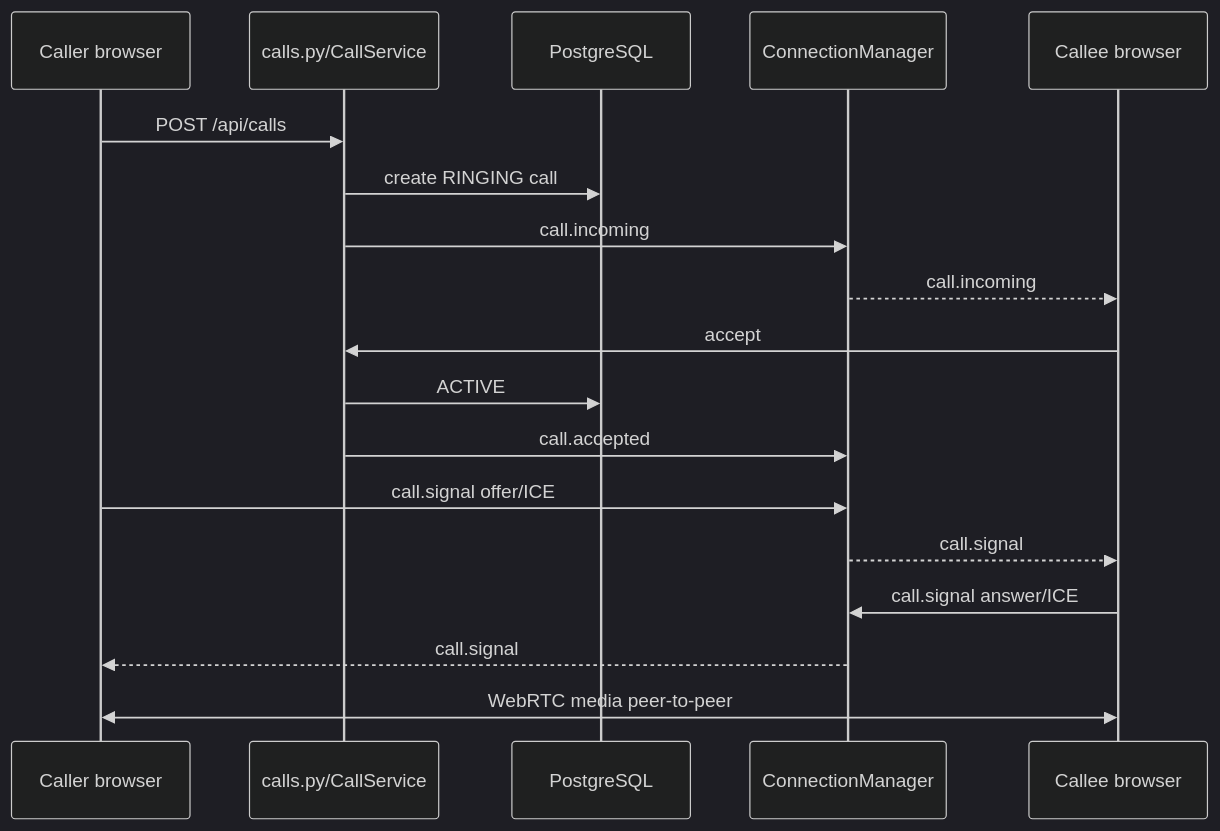
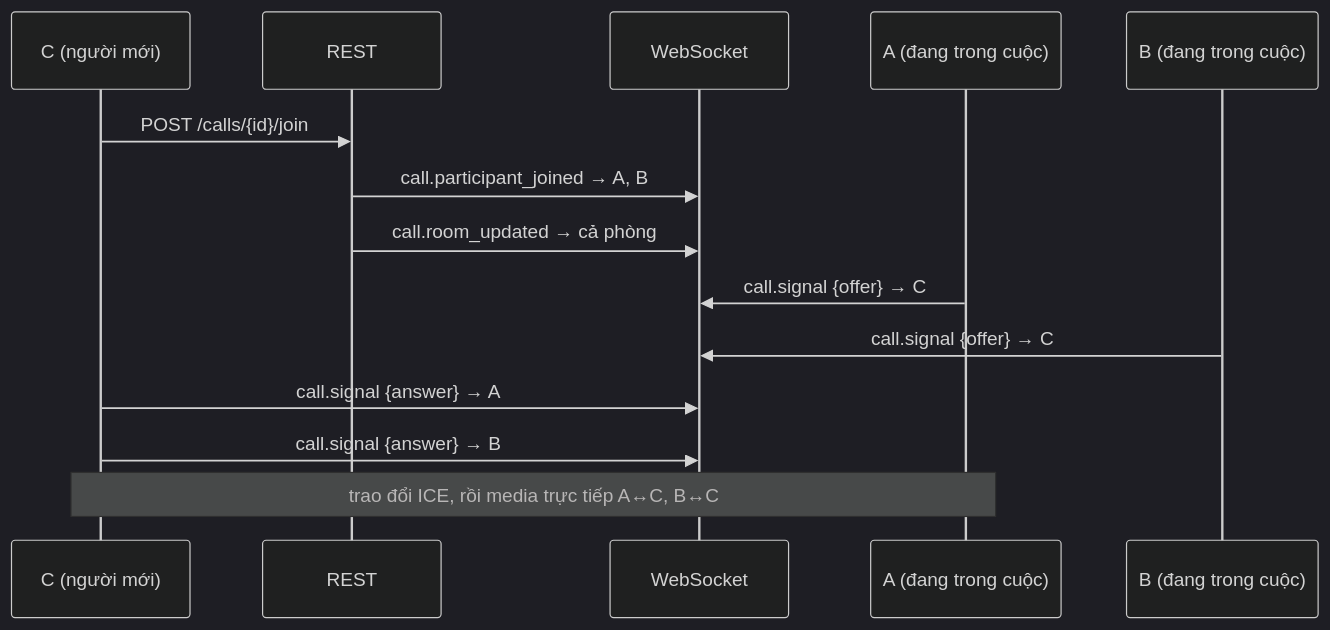
One commit to Dungx1107/team-chat changed the fourth of 4 diagrams in docs/10-call-features.md. Above: the diagram before and after it, drawn with Mermaid (dark theme). The commit also changed other lines of this file and 16 other files, not shown here.

````diff
--- a/docs/10-call-features.md
+++ b/docs/10-call-features.md
@@ -16,20 +139,16 @@
 ```mermaid
 sequenceDiagram
-    participant A as Caller browser
-    participant API as calls.py/CallService
-    participant DB as PostgreSQL
-    participant WS as ConnectionManager
-    participant B as Callee browser
-    A->>API: POST /api/calls
-    API->>DB: create RINGING call
-    API->>WS: call.incoming
-    WS-->>B: call.incoming
-    B->>API: accept
-    API->>DB: ACTIVE
-    API->>WS: call.accepted
-    A->>WS: call.signal offer/ICE
-    WS-->>B: call.signal
-    B->>WS: call.signal answer/ICE
-    WS-->>A: call.signal
-    A<<->>B: WebRTC media peer-to-peer
+    participant C as C (người mới)
+    participant API as REST
+    participant WS as WebSocket
+    participant A as A (đang trong cuộc)
+    participant B as B (đang trong cuộc)
+    C->>API: POST /calls/{id}/join
+    API->>WS: call.participant_joined → A, B
+    API->>WS: call.room_updated → cả phòng
+    A->>WS: call.signal {offer} → C
+    B->>WS: call.signal {offer} → C
+    C->>WS: call.signal {answer} → A
+    C->>WS: call.signal {answer} → B
+    Note over A,C: trao đổi ICE, rồi media trực tiếp A↔C, B↔C
 ```
````
